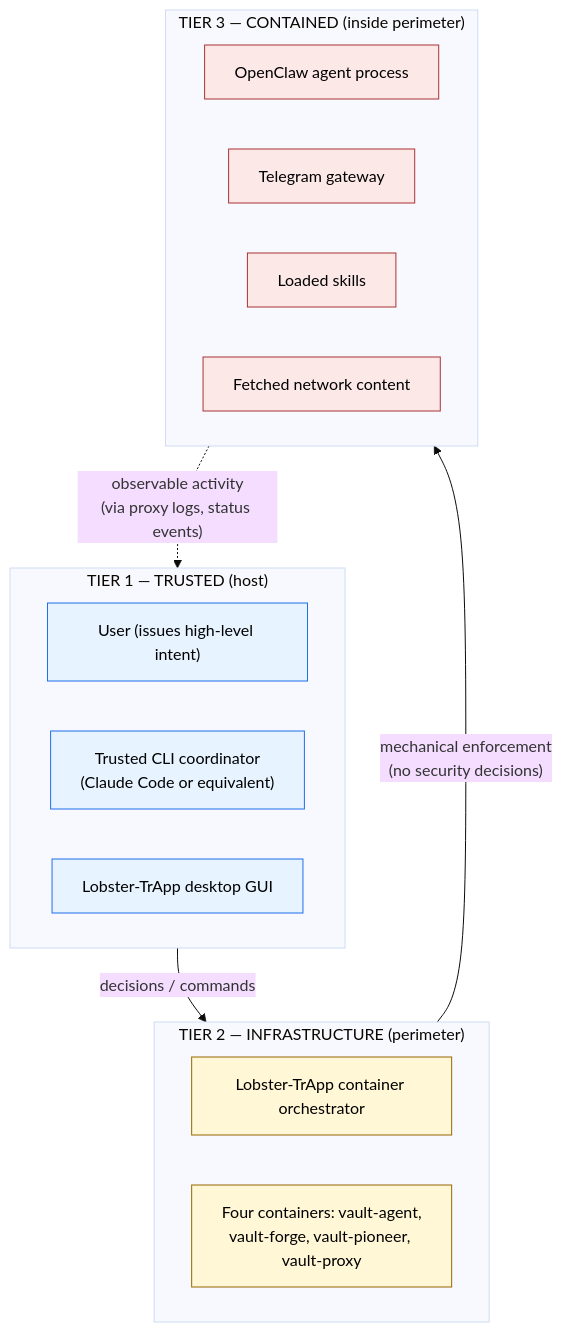
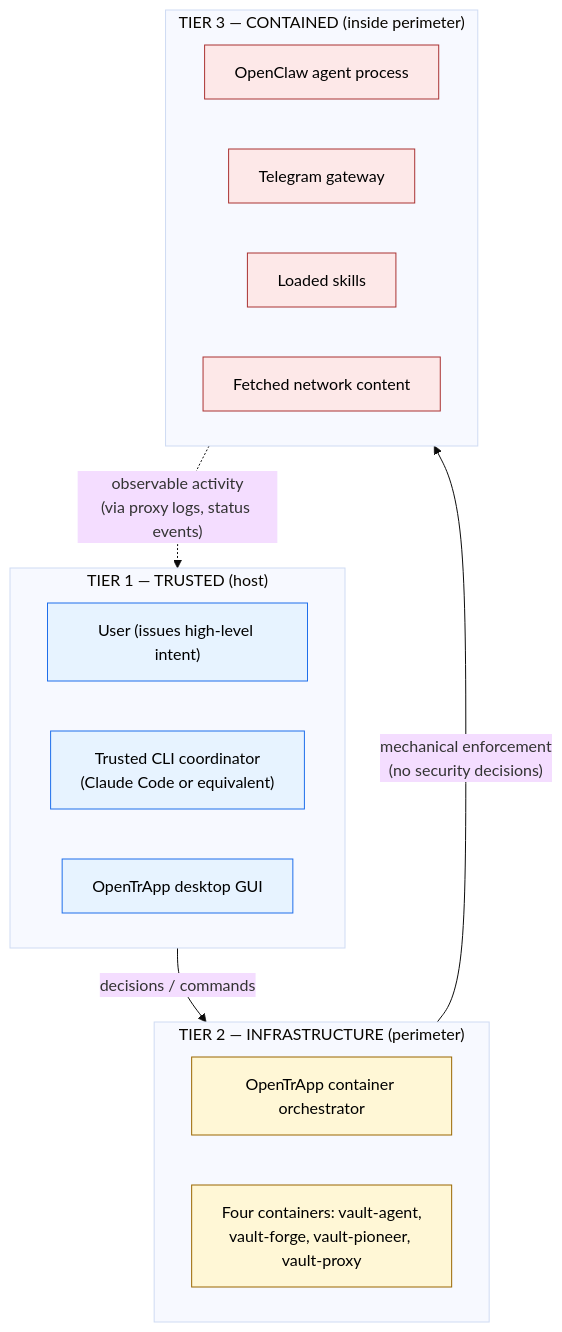
The second of 5 diagrams in docs/diagrams.md (albertdobmeyer/opentrapp), drawn with Mermaid (base theme) before and after one commit. The commit also changed other lines of this file and 146 other files, not shown here.

````diff
--- a/docs/diagrams.md
+++ b/docs/diagrams.md
@@ -72,35 +72,35 @@
 ```mermaid
 flowchart TD
     subgraph T1["TIER 1 — TRUSTED (host)"]
         direction LR
         T1A["User (issues high-level intent)"]
         T1B["Trusted CLI coordinator<br/>(Claude Code or equivalent)"]
-        T1C["Lobster-TrApp desktop GUI"]
+        T1C["OpenTrApp desktop GUI"]
     end
 
     subgraph T2["TIER 2 — INFRASTRUCTURE (perimeter)"]
         direction LR
-        T2A["Lobster-TrApp container orchestrator"]
+        T2A["OpenTrApp container orchestrator"]
         T2B["Four containers: vault-agent,<br/>vault-forge, vault-pioneer, vault-proxy"]
     end
 
     subgraph T3["TIER 3 — CONTAINED (inside perimeter)"]
         direction LR
         T3A[OpenClaw agent process]
         T3B[Telegram gateway]
         T3C[Loaded skills]
         T3D[Fetched network content]
     end
 
     T1 -->|"decisions / commands"| T2
     T2 -->|"mechanical enforcement<br/>(no security decisions)"| T3
     T3 -.->|"observable activity<br/>(via proxy logs, status events)"| T1
 
     classDef trusted fill:#e7f3ff,stroke:#1f6feb,color:#000
     classDef infra fill:#fff7d6,stroke:#9a6700,color:#000
     classDef contained fill:#fde8e8,stroke:#aa3333,color:#000
 
     class T1A,T1B,T1C trusted
     class T2A,T2B infra
     class T3A,T3B,T3C,T3D contained
 ```
````
